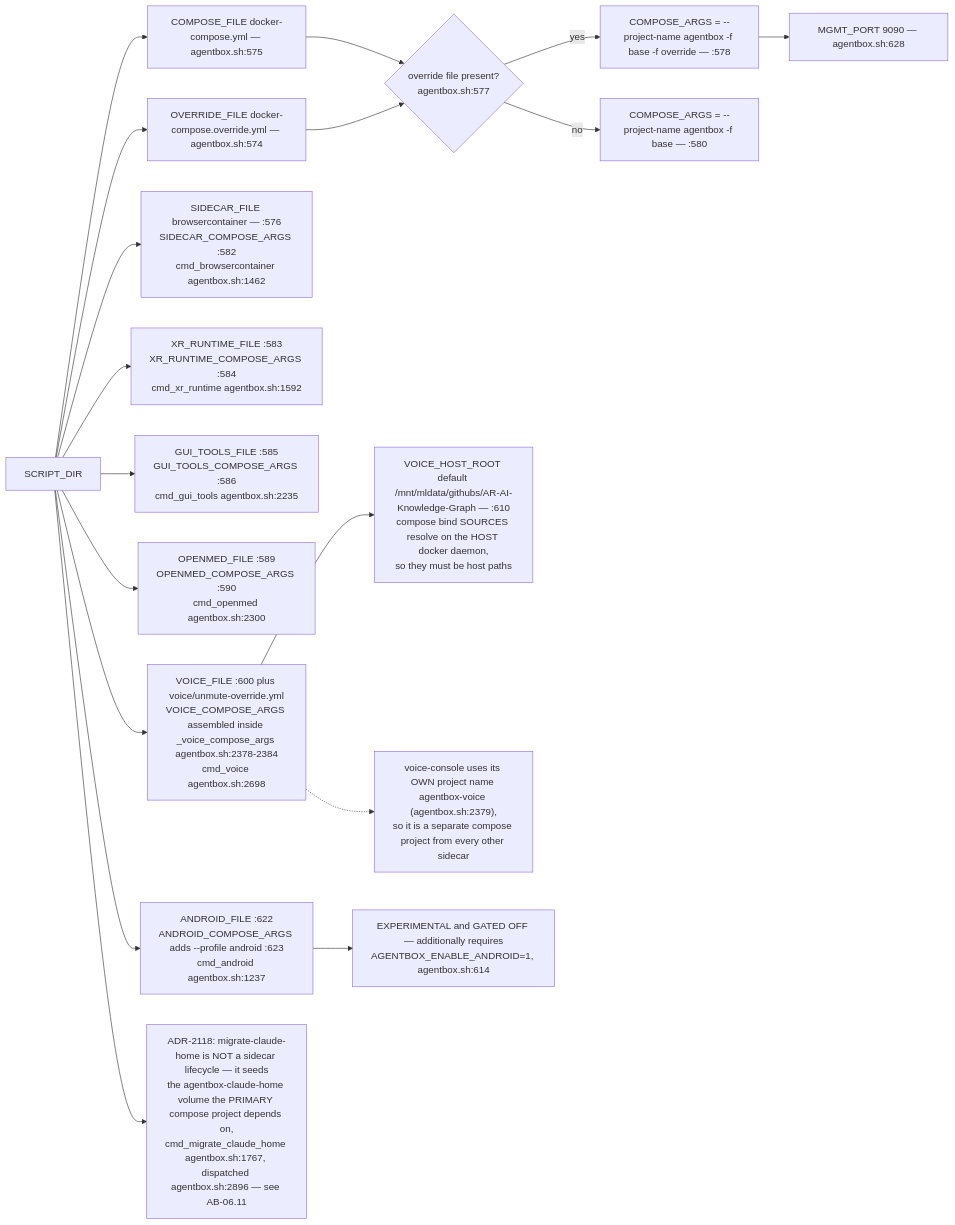
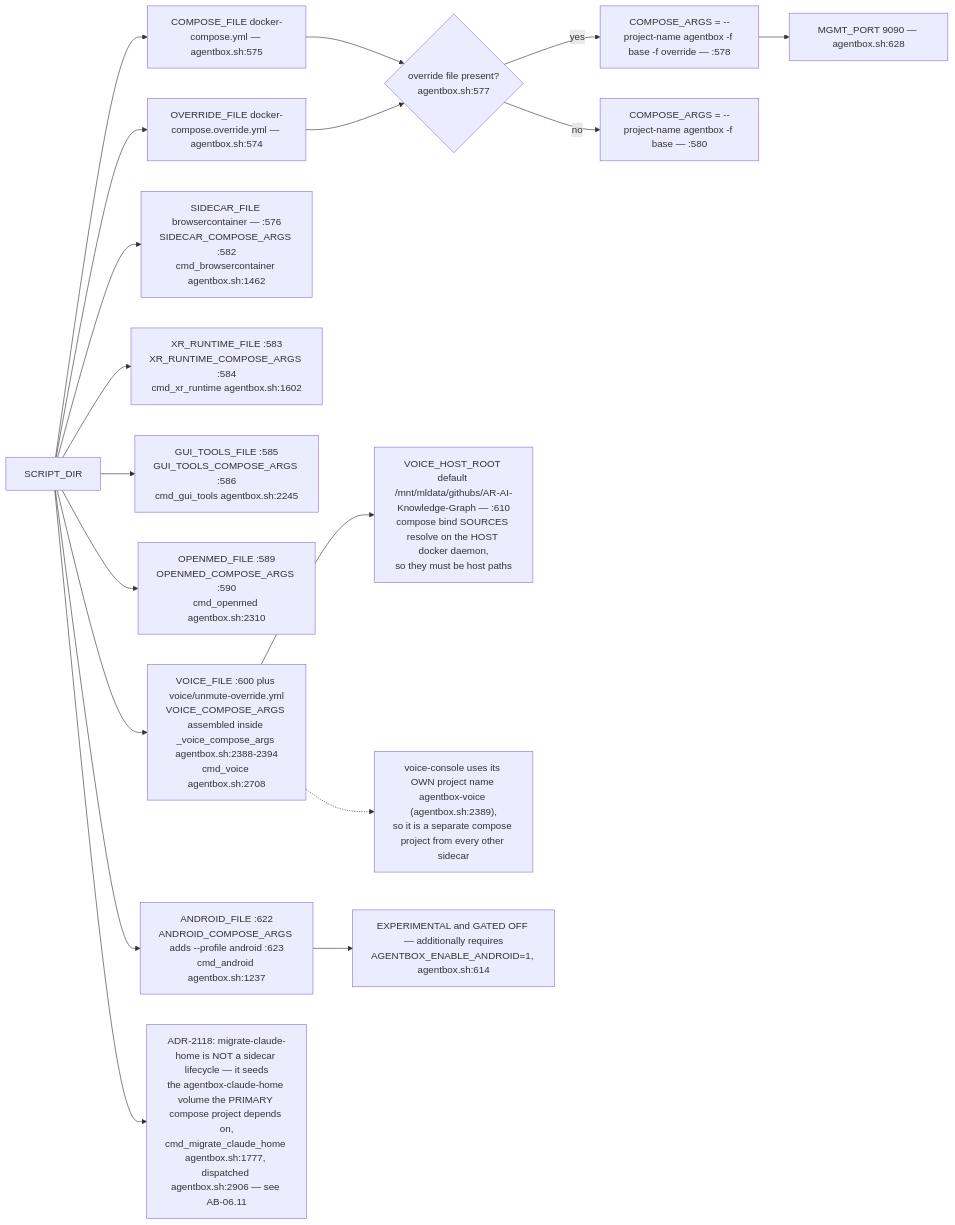
One commit to DreamLab-AI/VisionFlow changed the sixth of 14 diagrams in docs/diagrams/agentbox/06-sidecars-and-compose-overlays.md. Above: the diagram before and after it, drawn with Mermaid. The commit also changed other lines of this file, not shown here.

````diff
--- a/docs/diagrams/agentbox/06-sidecars-and-compose-overlays.md
+++ b/docs/diagrams/agentbox/06-sidecars-and-compose-overlays.md
@@ -201,20 +213,20 @@
 ```mermaid
 flowchart LR
     SD["SCRIPT_DIR"] --> A1["COMPOSE_FILE docker-compose.yml — agentbox.sh:575"]
     SD --> A2["OVERRIDE_FILE docker-compose.override.yml — agentbox.sh:574"]
     A1 --> CA{"override file present?<br/>agentbox.sh:577"}
     A2 --> CA
     CA -->|yes| CA1["COMPOSE_ARGS = --project-name agentbox -f base -f override — :578"]
     CA -->|no| CA2["COMPOSE_ARGS = --project-name agentbox -f base — :580"]
     SD --> S1["SIDECAR_FILE browsercontainer — :576<br/>SIDECAR_COMPOSE_ARGS :582<br/>cmd_browsercontainer agentbox.sh:1462"]
-    SD --> S2["XR_RUNTIME_FILE :583<br/>XR_RUNTIME_COMPOSE_ARGS :584<br/>cmd_xr_runtime agentbox.sh:1592"]
-    SD --> S3["GUI_TOOLS_FILE :585<br/>GUI_TOOLS_COMPOSE_ARGS :586<br/>cmd_gui_tools agentbox.sh:2235"]
-    SD --> S4["OPENMED_FILE :589<br/>OPENMED_COMPOSE_ARGS :590<br/>cmd_openmed agentbox.sh:2300"]
-    SD --> S5["VOICE_FILE :600 plus voice/unmute-override.yml<br/>VOICE_COMPOSE_ARGS assembled inside _voice_compose_args agentbox.sh:2378-2384<br/>cmd_voice agentbox.sh:2698"]
+    SD --> S2["XR_RUNTIME_FILE :583<br/>XR_RUNTIME_COMPOSE_ARGS :584<br/>cmd_xr_runtime agentbox.sh:1602"]
+    SD --> S3["GUI_TOOLS_FILE :585<br/>GUI_TOOLS_COMPOSE_ARGS :586<br/>cmd_gui_tools agentbox.sh:2245"]
+    SD --> S4["OPENMED_FILE :589<br/>OPENMED_COMPOSE_ARGS :590<br/>cmd_openmed agentbox.sh:2310"]
+    SD --> S5["VOICE_FILE :600 plus voice/unmute-override.yml<br/>VOICE_COMPOSE_ARGS assembled inside _voice_compose_args agentbox.sh:2388-2394<br/>cmd_voice agentbox.sh:2708"]
     SD --> S6["ANDROID_FILE :622<br/>ANDROID_COMPOSE_ARGS adds --profile android :623<br/>cmd_android agentbox.sh:1237"]
     S5 --> VH["VOICE_HOST_ROOT default /mnt/mldata/githubs/AR-AI-Knowledge-Graph — :610<br/>compose bind SOURCES resolve on the HOST docker daemon,<br/>so they must be host paths"]
     S6 --> AG["EXPERIMENTAL and GATED OFF — additionally requires<br/>AGENTBOX_ENABLE_ANDROID=1, agentbox.sh:614"]
     CA1 --> MGMT["MGMT_PORT 9090 — agentbox.sh:628"]
-    S5 -.-> VNOTE["voice-console uses its OWN project name agentbox-voice (agentbox.sh:2379),<br/>so it is a separate compose project from every other sidecar"]
-    SD --> S7["ADR-2118: migrate-claude-home is NOT a sidecar lifecycle — it seeds<br/>the agentbox-claude-home volume the PRIMARY compose project depends on,<br/>cmd_migrate_claude_home agentbox.sh:1767, dispatched agentbox.sh:2896 — see AB-06.11"]
+    S5 -.-> VNOTE["voice-console uses its OWN project name agentbox-voice (agentbox.sh:2389),<br/>so it is a separate compose project from every other sidecar"]
+    SD --> S7["ADR-2118: migrate-claude-home is NOT a sidecar lifecycle — it seeds<br/>the agentbox-claude-home volume the PRIMARY compose project depends on,<br/>cmd_migrate_claude_home agentbox.sh:1777, dispatched agentbox.sh:2906 — see AB-06.11"]
 ```
````
